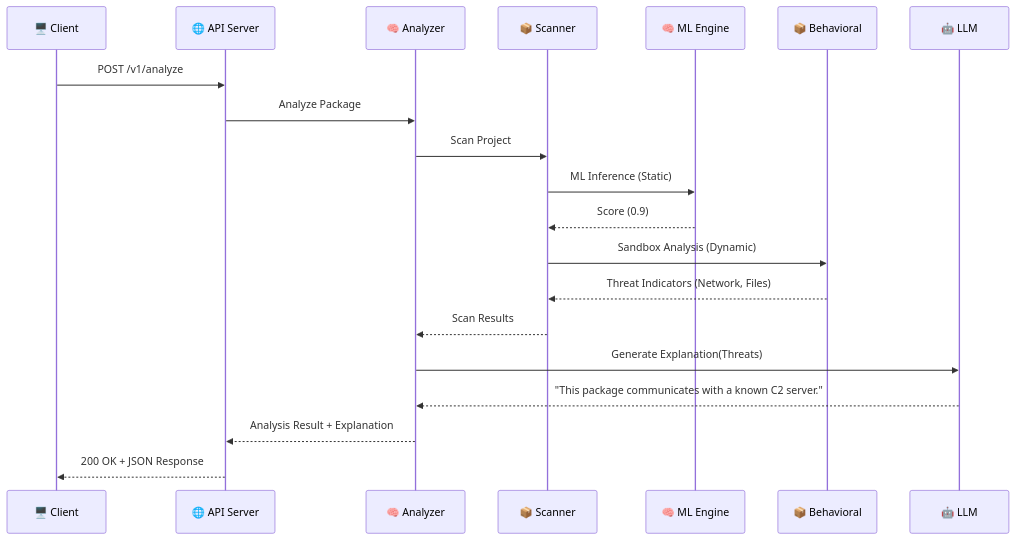
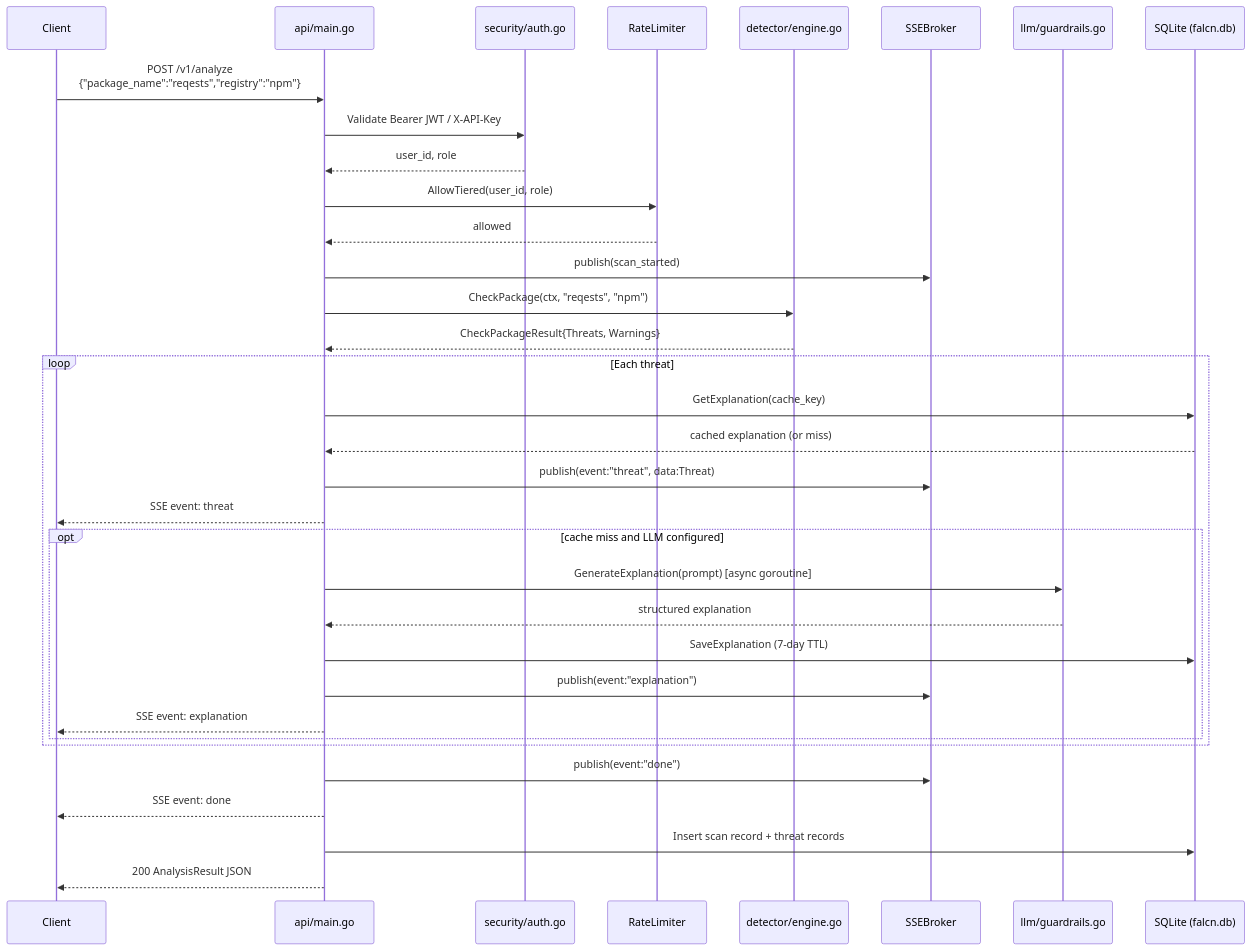
One commit to falcn-io/falcn changed the third of 4 diagrams in docs/ARCHITECTURE.md. Above: the diagram before and after it, drawn with Mermaid. The commit also changed other lines of this file and 8 other files, not shown here.

````diff
--- a/docs/ARCHITECTURE.md
+++ b/docs/ARCHITECTURE.md
@@ -151,29 +197,37 @@
 ```mermaid
 sequenceDiagram
-    participant Client as 🖥️ Client
-    participant API as 🌐 API Server
-    participant Analyzer as 🧠 Analyzer
-    participant Scanner as 📦 Scanner
-    participant ML as 🧠 ML Engine
-    participant Behavioral as 📦 Behavioral
-    participant LLM as 🤖 LLM
+    participant Client
+    participant API as api/main.go
+    participant Auth as security/auth.go
+    participant RateLimit as RateLimiter
+    participant Detector as detector/engine.go
+    participant SSE as SSEBroker
+    participant LLM as llm/guardrails.go
+    participant DB as SQLite (falcn.db)
 
-    Client->>API: POST /v1/analyze
-    
-    API->>Analyzer: Analyze Package
-    Analyzer->>Scanner: Scan Project
-    
-    Scanner->>ML: ML Inference (Static)
-    ML-->>Scanner: Score (0.9)
-    
-    Scanner->>Behavioral: Sandbox Analysis (Dynamic)
-    Behavioral-->>Scanner: Threat Indicators (Network, Files)
-        
-    Scanner-->>Analyzer: Scan Results
-    
-    Analyzer->>LLM: Generate Explanation(Threats)
-    LLM-->>Analyzer: "This package communicates with a known C2 server."
-    
-    Analyzer-->>API: Analysis Result + Explanation
-    API-->>Client: 200 OK + JSON Response
+    Client->>API: POST /v1/analyze<br/>{"package_name":"reqests","registry":"npm"}
+    API->>Auth: Validate Bearer JWT / X-API-Key
+    Auth-->>API: user_id, role
+    API->>RateLimit: AllowTiered(user_id, role)
+    RateLimit-->>API: allowed
+    API->>SSE: publish(scan_started)
+    API->>Detector: CheckPackage(ctx, "reqests", "npm")
+    Detector-->>API: CheckPackageResult{Threats, Warnings}
+    loop Each threat
+        API->>DB: GetExplanation(cache_key)
+        DB-->>API: cached explanation (or miss)
+        API->>SSE: publish(event:"threat", data:Threat)
+        API-->>Client: SSE event: threat
+        opt cache miss and LLM configured
+            API->>LLM: GenerateExplanation(prompt) [async goroutine]
+            LLM-->>API: structured explanation
+            API->>DB: SaveExplanation (7-day TTL)
+            API->>SSE: publish(event:"explanation")
+            API-->>Client: SSE event: explanation
+        end
+    end
+    API->>SSE: publish(event:"done")
+    API-->>Client: SSE event: done
+    API->>DB: Insert scan record + threat records
+    API-->>Client: 200 AnalysisResult JSON
 ```
````
